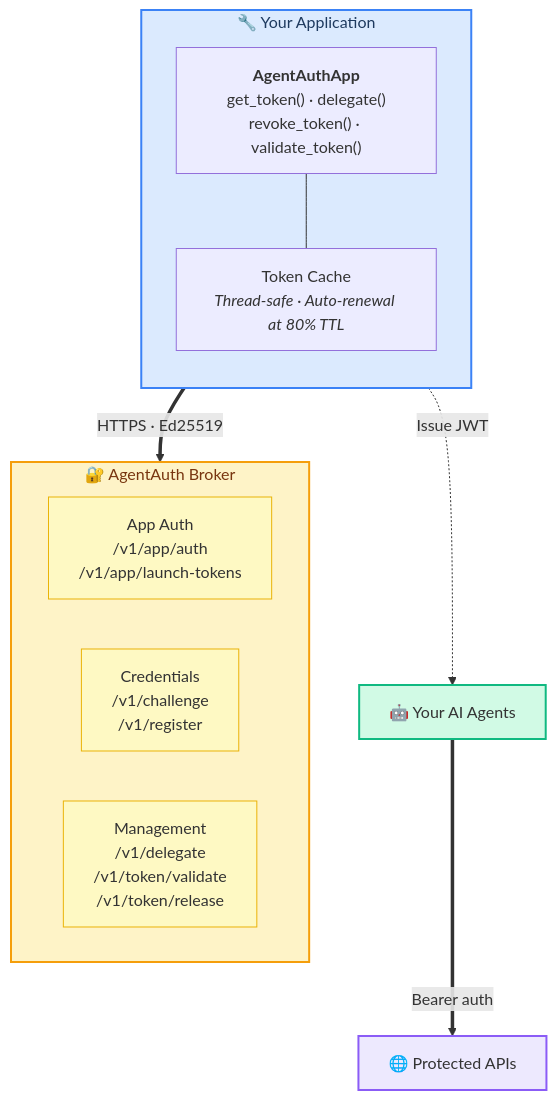
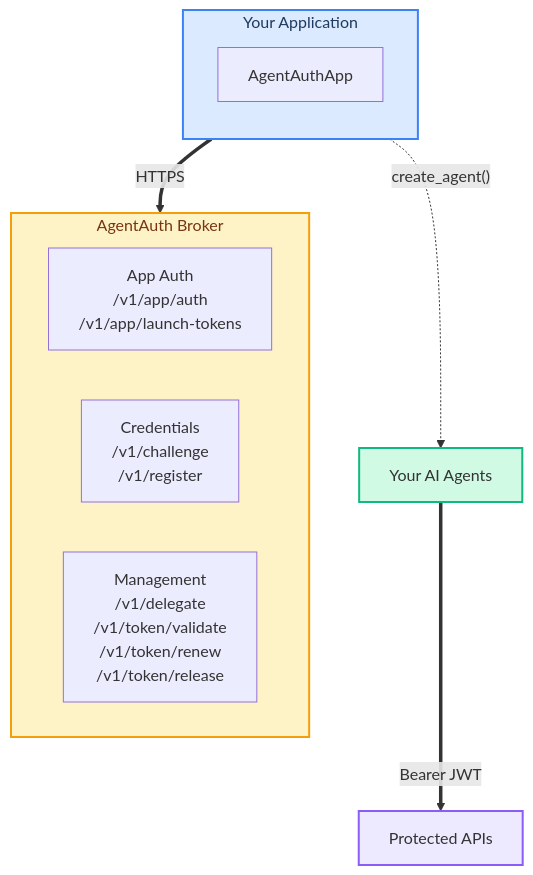
The diagram in README.md (devonartis/agentwrit-python), drawn with Mermaid before and after one commit. The commit also changed other lines of this file and 21 other files, not shown here.

````diff
--- a/README.md
+++ b/README.md
@@ -89,31 +158,26 @@
 ```mermaid
 graph TB
-    subgraph App["🔧 Your Application"]
+    subgraph App["Your Application"]
         direction TB
-        Client["<b>AgentAuthApp</b><br/>get_token() · delegate()<br/>revoke_token() · validate_token()"]
-        Cache["Token Cache<br/><i>Thread-safe · Auto-renewal at 80% TTL</i>"]
-        Client --- Cache
+        Client["AgentAuthApp"]
     end
 
-    subgraph Broker["🔐 AgentAuth Broker"]
+    subgraph Broker["AgentAuth Broker"]
         direction LR
         AuthGroup["App Auth<br/>/v1/app/auth<br/>/v1/app/launch-tokens"]
         CredGroup["Credentials<br/>/v1/challenge<br/>/v1/register"]
-        MgmtGroup["Management<br/>/v1/delegate<br/>/v1/token/validate<br/>/v1/token/release"]
+        MgmtGroup["Management<br/>/v1/delegate<br/>/v1/token/validate<br/>/v1/token/renew<br/>/v1/token/release"]
     end
 
-    Agents["🤖 Your AI Agents"]
-    APIs["🌐 Protected APIs"]
+    Agents["Your AI Agents"]
+    APIs["Protected APIs"]
 
-    Client ==>|"HTTPS · Ed25519"| Broker
-    Client -.->|"Issue JWT"| Agents
-    Agents ==>|"Bearer auth"| APIs
+    Client ==>|"HTTPS"| Broker
+    Client -.->|"create_agent()"| Agents
+    Agents ==>|"Bearer JWT"| APIs
 
     style App fill:#dbeafe,stroke:#3b82f6,stroke-width:2px,color:#1e3a5f
     style Broker fill:#fef3c7,stroke:#f59e0b,stroke-width:2px,color:#78350f
     style Agents fill:#d1fae5,stroke:#10b981,stroke-width:2px
     style APIs fill:#ede9fe,stroke:#8b5cf6,stroke-width:2px
-    style AuthGroup fill:#fef9c3,stroke:#eab308
-    style CredGroup fill:#fef9c3,stroke:#eab308
-    style MgmtGroup fill:#fef9c3,stroke:#eab308
 ```
````
